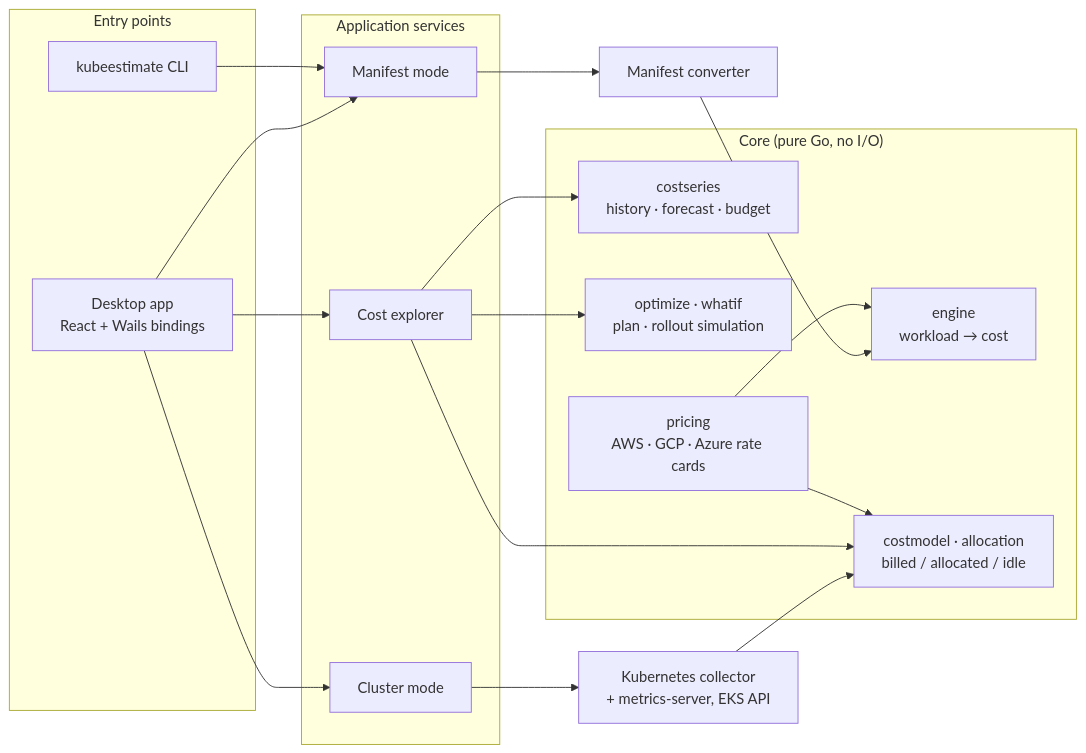
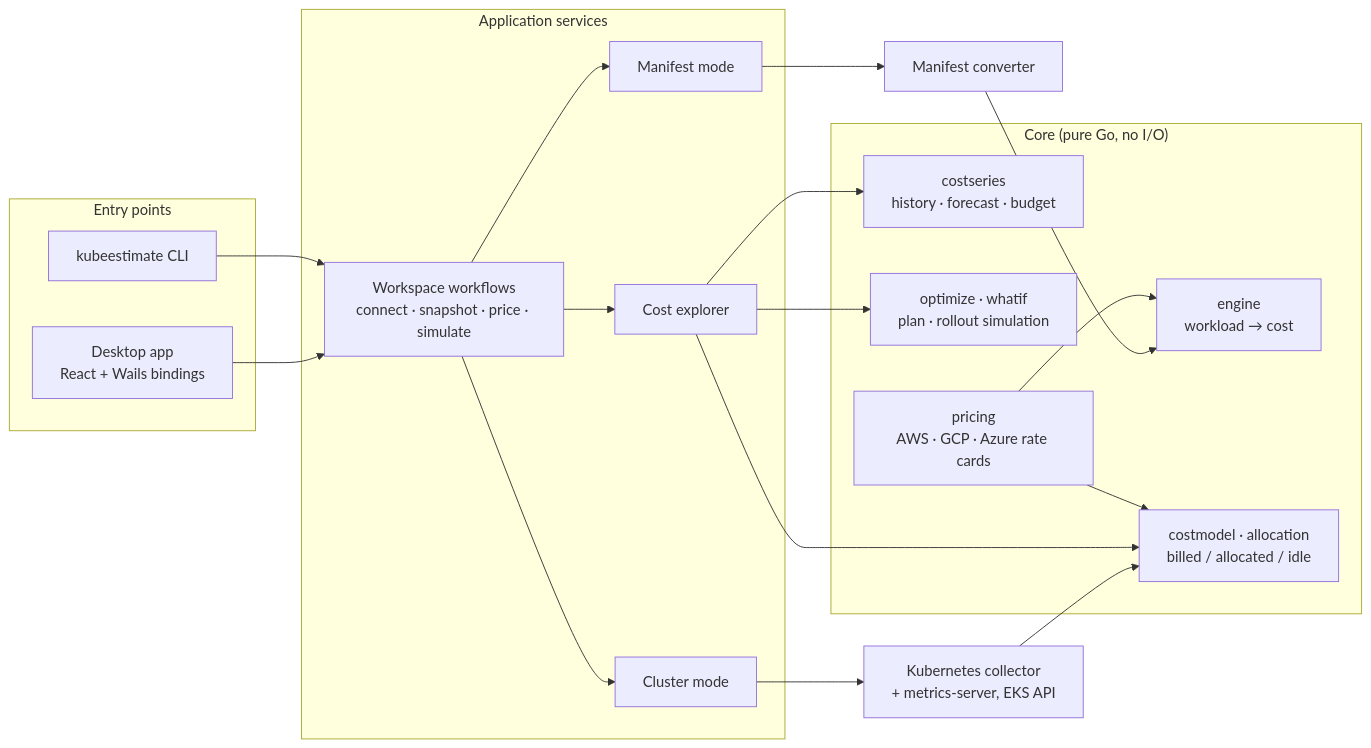
The diagram in README.md (Kilianrm/kube-budget), drawn with Mermaid before and after one commit. The commit also changed other lines of this file and 2 other files, not shown here.

First line of the commit message:
docs: document the CLI commands and how to install them

````diff
--- a/README.md
+++ b/README.md
@@ -44,30 +44,31 @@
 ```mermaid
 flowchart LR
     subgraph Entry["Entry points"]
         App["Desktop app<br/>React + Wails bindings"]
         CLI["kubeestimate CLI"]
     end
 
     subgraph Services["Application services"]
+        Workspace["Workspace workflows<br/>connect · snapshot · price · simulate"]
         Manifest["Manifest mode"]
         Cluster["Cluster mode"]
         Explorer["Cost explorer"]
     end
 
     subgraph Core["Core (pure Go, no I/O)"]
         Engine["engine<br/>workload → cost"]
         Model["costmodel · allocation<br/>billed / allocated / idle"]
         Series["costseries<br/>history · forecast · budget"]
         Optimize["optimize · whatif<br/>plan · rollout simulation"]
         Pricing["pricing<br/>AWS · GCP · Azure rate cards"]
     end
 
-    App --> Manifest & Cluster & Explorer
-    CLI --> Manifest
+    App & CLI --> Workspace
+    Workspace --> Manifest & Cluster & Explorer
     Manifest --> Converter["Manifest converter"]
     Cluster --> Collector["Kubernetes collector<br/>+ metrics-server, EKS API"]
     Converter --> Engine
     Collector --> Model
     Explorer --> Model & Series & Optimize
     Pricing --> Engine & Model
 ```
````
